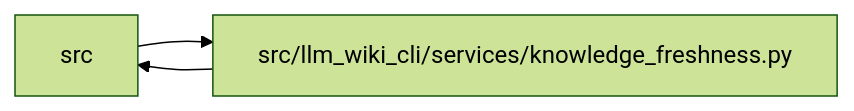
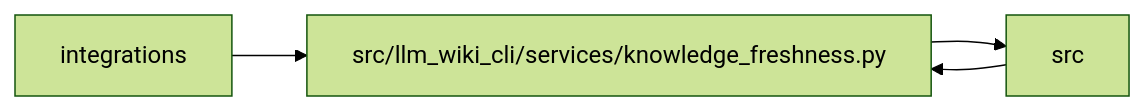
Before and after one commit to Denissvgn/python-wiki-llm: the diagram in docs/llm_wiki/modules/knowledge_freshness.md, drawn with Mermaid (forest theme). The commit also changed other lines of this file and 255 other files, not shown here.

````diff
--- a/docs/llm_wiki/modules/knowledge_freshness.md
+++ b/docs/llm_wiki/modules/knowledge_freshness.md
@@ -48,8 +48,10 @@
 ```mermaid
 flowchart LR
-    n0["src"]
-    n1["src/llm_wiki_cli/services/knowledge_freshness.py"]
-    n0 --> n1
-    n1 --> n0
-    click n1 "../modules/knowledge_freshness.md"
+    n0["integrations"]
+    n1["src"]
+    n2["src/llm_wiki_cli/services/knowledge_freshness.py"]
+    n0 --> n2
+    n1 --> n2
+    n2 --> n1
+    click n2 "../modules/knowledge_freshness.md"
 ```
````
